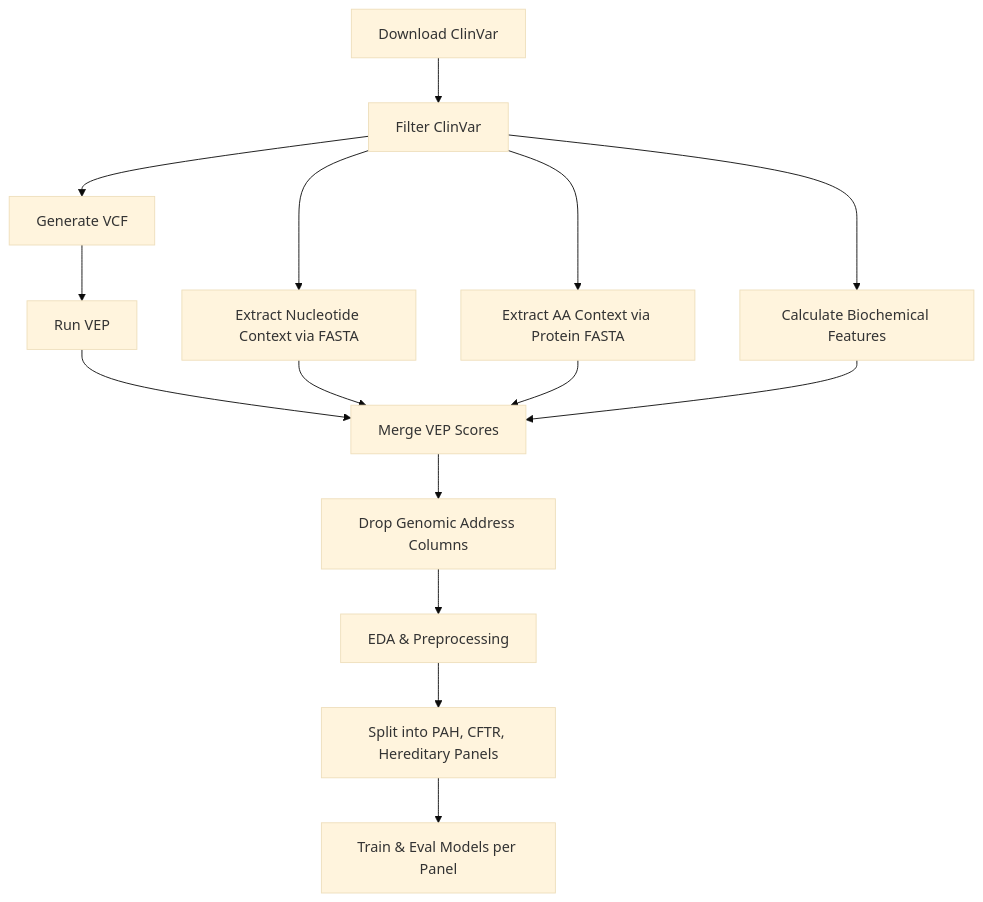
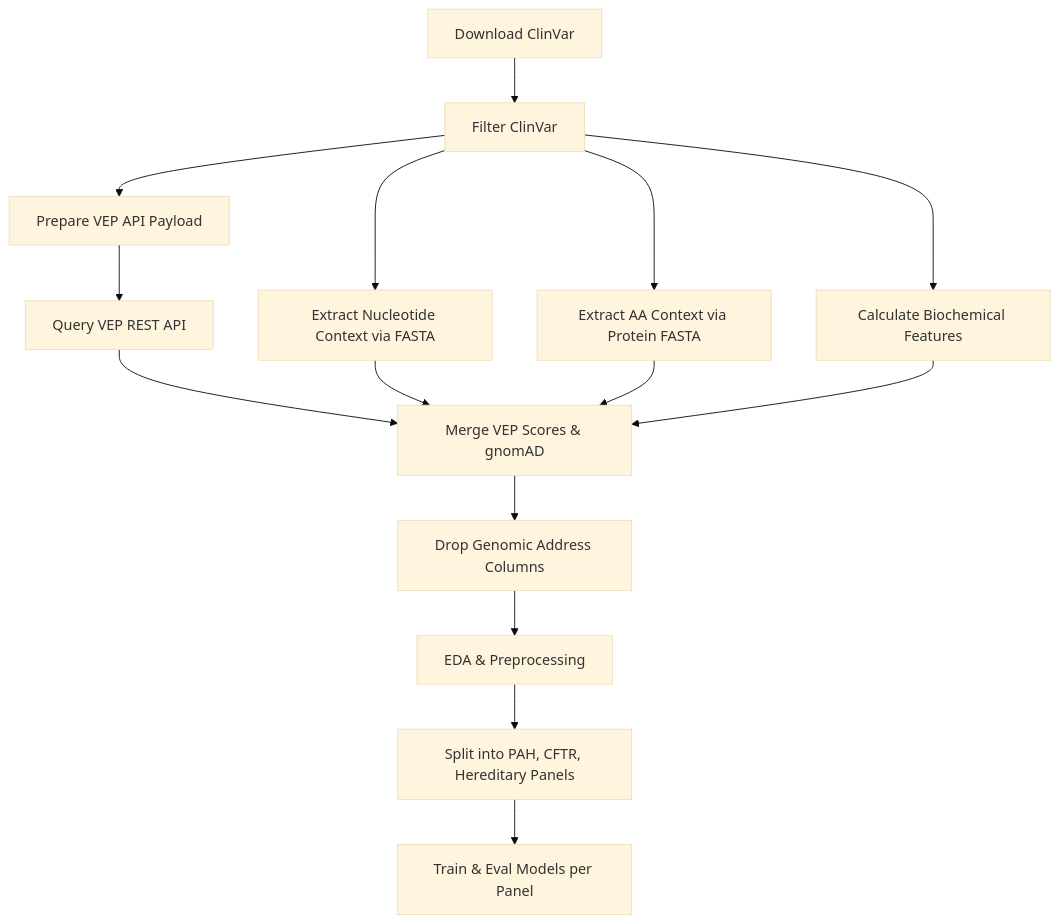
Before and after one commit to jesusamaisa/Teknofest2026SYZ: the diagram in PROJECT_PLAN.md, drawn with Mermaid (base theme). The commit also changed other lines of this file and 2 other files, not shown here.

Commit message:
feat: offline ensemle VEP yerine VEP API tercih edildi.

````diff
--- a/PROJECT_PLAN.md
+++ b/PROJECT_PLAN.md
@@ -287,17 +277,17 @@
 ```mermaid
 graph TD
     A[Download ClinVar] --> B[Filter ClinVar]
-    B --> C[Generate VCF]
-    C --> D[Run VEP]
+    B --> C[Prepare VEP API Payload]
+    C --> D[Query VEP REST API]
     B --> E[Extract Nucleotide Context via FASTA]
     B --> F[Extract AA Context via Protein FASTA]
     B --> G[Calculate Biochemical Features]
-    D --> H[Merge VEP Scores]
+    D --> H[Merge VEP Scores & gnomAD]
     E --> H
     F --> H
     G --> H
     H --> I[Drop Genomic Address Columns]
     I --> J[EDA & Preprocessing]
     J --> J1[Split into PAH, CFTR, Hereditary Panels]
     J1 --> K[Train & Eval Models per Panel]
 ```
````
